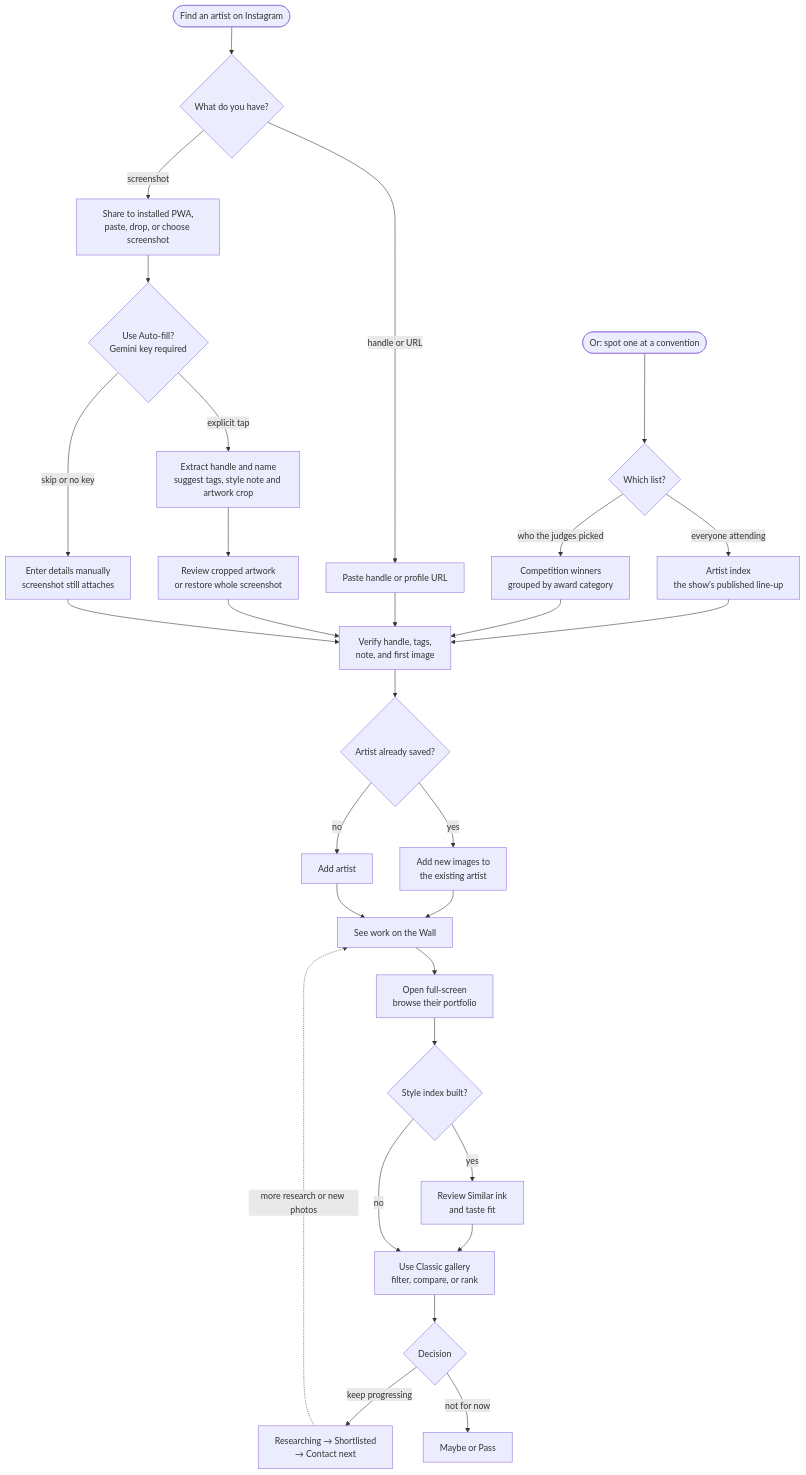
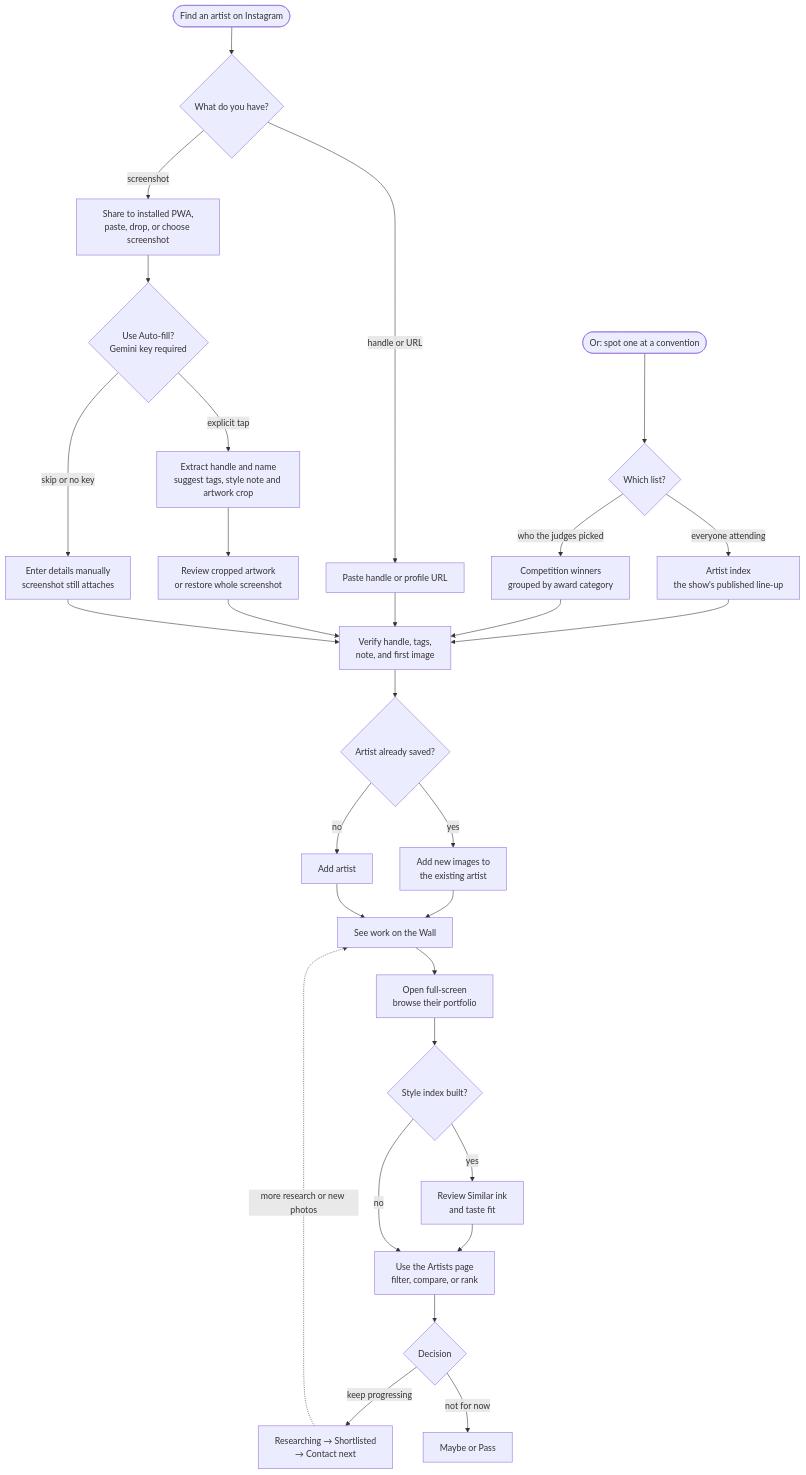
The second of 8 diagrams in docs/USER-WORKFLOWS.md (Pritesh1980/sable), drawn with Mermaid before and after one commit. The commit also changed 44 other files, not shown here.

````diff
--- a/docs/USER-WORKFLOWS.md
+++ b/docs/USER-WORKFLOWS.md
@@ -50,46 +50,46 @@
 ```mermaid
 flowchart TB
   START(["Find an artist on Instagram"])
   SHOW(["Or: spot one at a convention"])
   RADARIN{"Which list?"}
   LINEUP["Artist index<br/>the show's published line-up"]
   WINNERS["Competition winners<br/>grouped by award category"]
   CAPTURE{"What do you have?"}
   SHOT["Share to installed PWA,<br/>paste, drop, or choose screenshot"]
   HANDLE["Paste handle or profile URL"]
   KEY{"Use Auto-fill?<br/>Gemini key required"}
   ANALYSE["Extract handle and name<br/>suggest tags, style note and artwork crop"]
   CROP["Review cropped artwork<br/>or restore whole screenshot"]
   MANUAL["Enter details manually<br/>screenshot still attaches"]
   VERIFY["Verify handle, tags,<br/>note, and first image"]
   DUP{"Artist already saved?"}
   APPEND["Add new images to<br/>the existing artist"]
   ADD["Add artist"]
   WALL["See work on the Wall"]
   VIEW["Open full-screen<br/>browse their portfolio"]
   INDEX{"Style index built?"}
   SIMILAR["Review Similar ink<br/>and taste fit"]
-  ORGANISE["Use Classic gallery<br/>filter, compare, or rank"]
+  ORGANISE["Use the Artists page<br/>filter, compare, or rank"]
   STATUS{"Decision"}
   ACTIVE["Researching → Shortlisted<br/>→ Contact next"]
   PARK["Maybe or Pass"]
 
   START --> CAPTURE
   SHOW --> RADARIN
   RADARIN -- "everyone attending" --> LINEUP --> VERIFY
   RADARIN -- "who the judges picked" --> WINNERS --> VERIFY
   CAPTURE -- "screenshot" --> SHOT --> KEY
   CAPTURE -- "handle or URL" --> HANDLE --> VERIFY
   KEY -- "explicit tap" --> ANALYSE --> CROP --> VERIFY
   KEY -- "skip or no key" --> MANUAL --> VERIFY
   VERIFY --> DUP
   DUP -- yes --> APPEND --> WALL
   DUP -- no --> ADD --> WALL
   WALL --> VIEW --> INDEX
   INDEX -- yes --> SIMILAR --> ORGANISE
   INDEX -- no --> ORGANISE
   ORGANISE --> STATUS
   STATUS -- "keep progressing" --> ACTIVE
   STATUS -- "not for now" --> PARK
   ACTIVE -. "more research or new photos" .-> WALL
 ```
````
